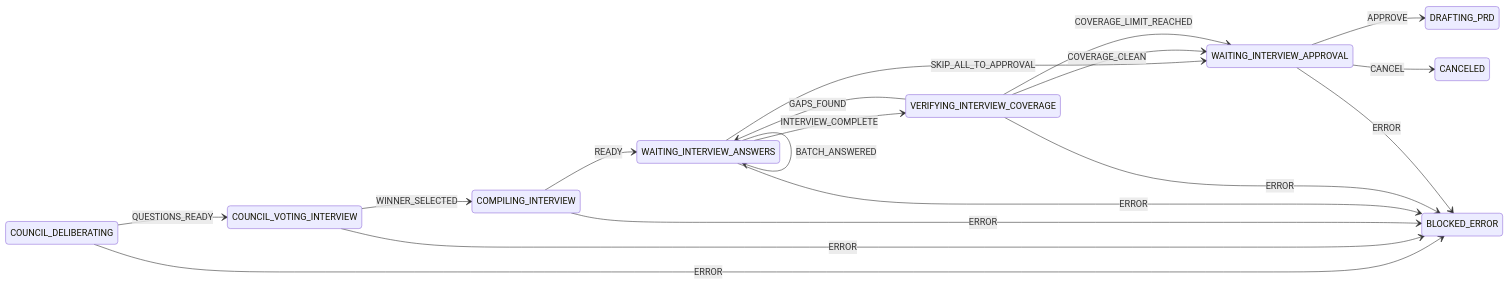
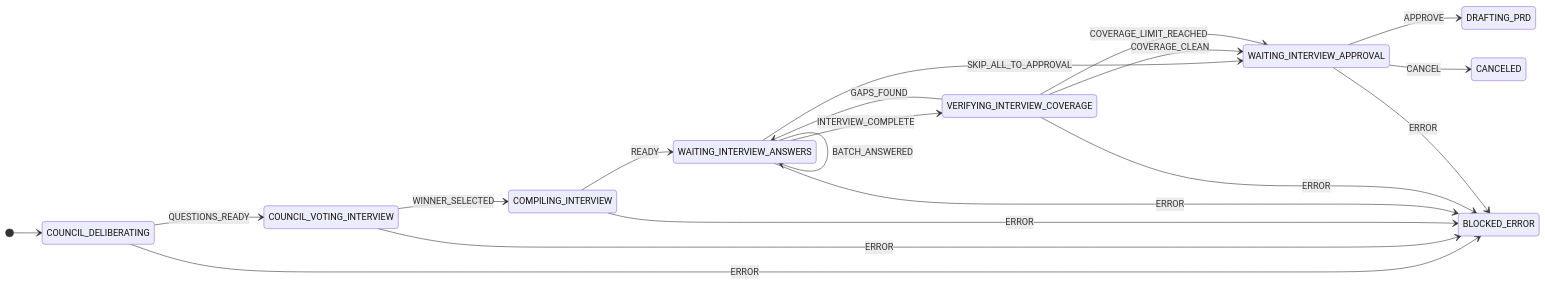
The third of 7 diagrams in docs/ticket-flow.md (antclt/LoopTroop), drawn with Mermaid before and after one commit. The commit also changed other lines of this file, not shown here.

First line of the commit message:
fix: add entry points to state machine diagrams for proper rendering

````diff
--- a/docs/ticket-flow.md
+++ b/docs/ticket-flow.md
@@ -214,27 +214,29 @@
 ```mermaid
 stateDiagram-v2
     direction LR
+
+    [*] --> COUNCIL_DELIBERATING
 
     COUNCIL_DELIBERATING --> COUNCIL_VOTING_INTERVIEW: QUESTIONS_READY
     COUNCIL_DELIBERATING --> BLOCKED_ERROR: ERROR
 
     COUNCIL_VOTING_INTERVIEW --> COMPILING_INTERVIEW: WINNER_SELECTED
     COUNCIL_VOTING_INTERVIEW --> BLOCKED_ERROR: ERROR
 
     COMPILING_INTERVIEW --> WAITING_INTERVIEW_ANSWERS: READY
     COMPILING_INTERVIEW --> BLOCKED_ERROR: ERROR
 
     WAITING_INTERVIEW_ANSWERS --> WAITING_INTERVIEW_ANSWERS: BATCH_ANSWERED
     WAITING_INTERVIEW_ANSWERS --> VERIFYING_INTERVIEW_COVERAGE: INTERVIEW_COMPLETE
     WAITING_INTERVIEW_ANSWERS --> WAITING_INTERVIEW_APPROVAL: SKIP_ALL_TO_APPROVAL
     WAITING_INTERVIEW_ANSWERS --> BLOCKED_ERROR: ERROR
 
     VERIFYING_INTERVIEW_COVERAGE --> WAITING_INTERVIEW_ANSWERS: GAPS_FOUND
     VERIFYING_INTERVIEW_COVERAGE --> WAITING_INTERVIEW_APPROVAL: COVERAGE_CLEAN
     VERIFYING_INTERVIEW_COVERAGE --> WAITING_INTERVIEW_APPROVAL: COVERAGE_LIMIT_REACHED
     VERIFYING_INTERVIEW_COVERAGE --> BLOCKED_ERROR: ERROR
 
     WAITING_INTERVIEW_APPROVAL --> DRAFTING_PRD: APPROVE
     WAITING_INTERVIEW_APPROVAL --> BLOCKED_ERROR: ERROR
     WAITING_INTERVIEW_APPROVAL --> CANCELED: CANCEL
 ```
````
